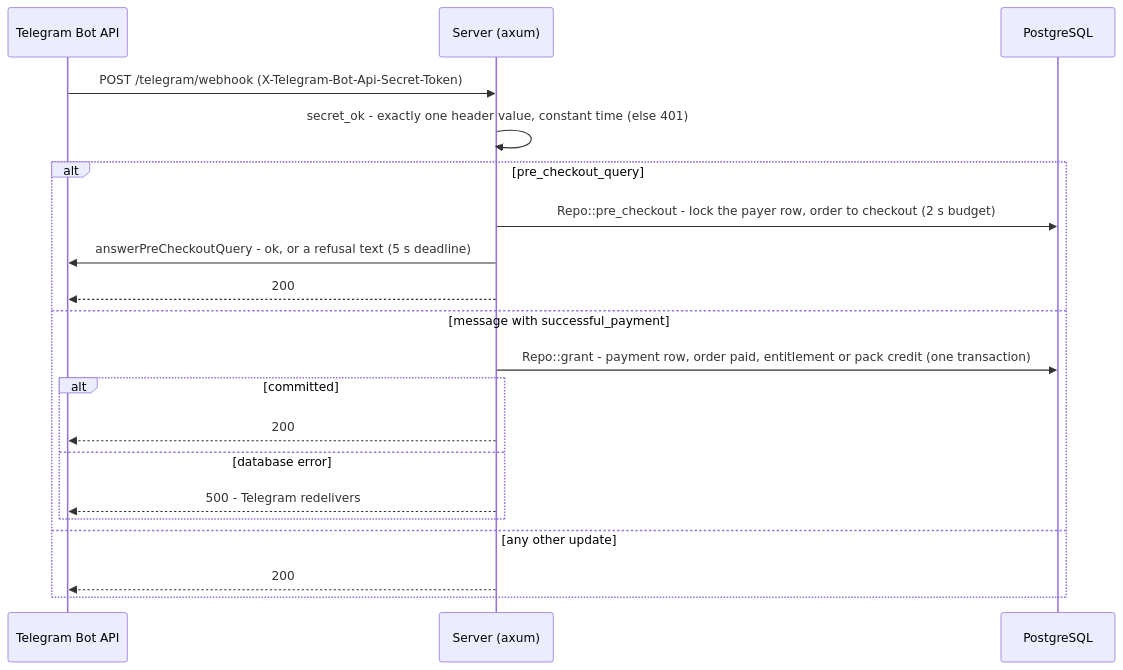
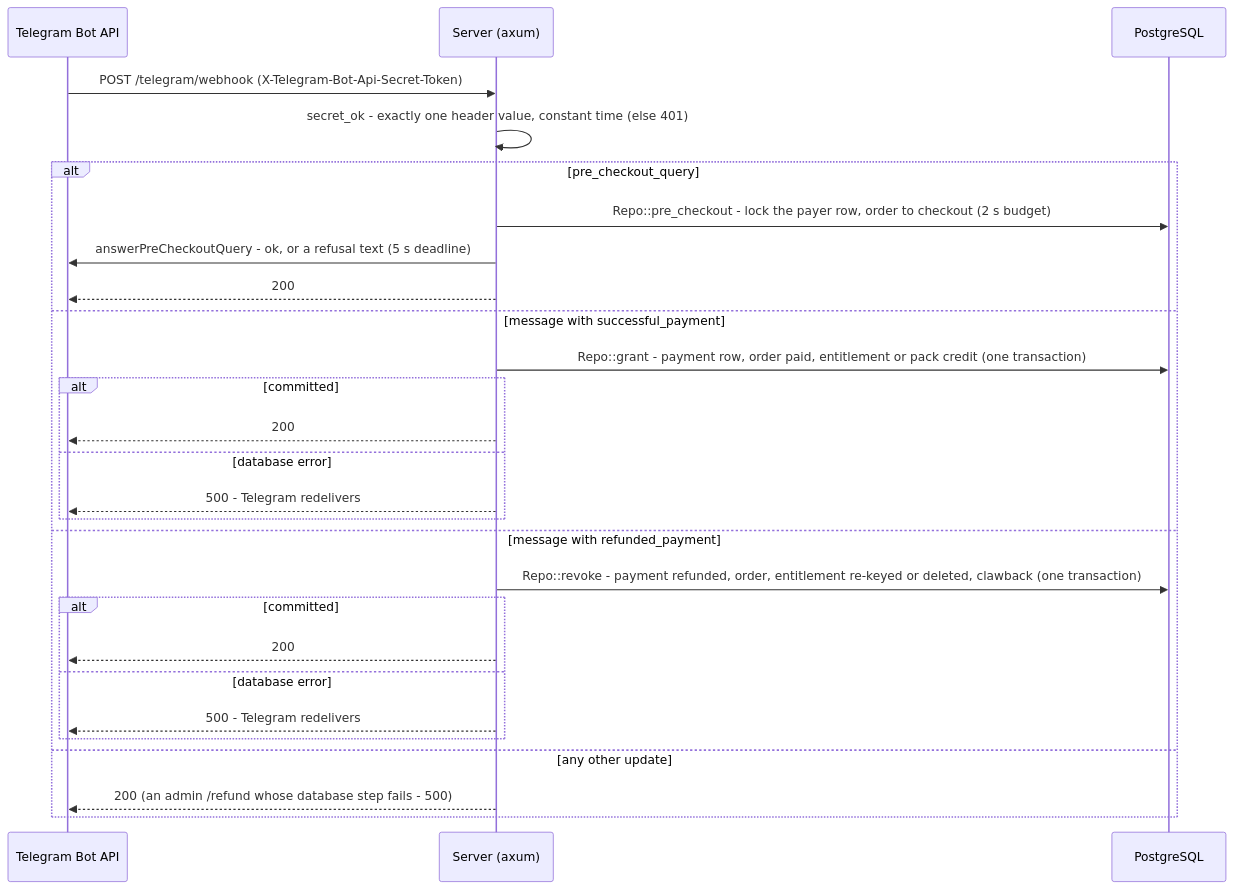
The sixth of 7 diagrams in docs/ARCHITECTURE.md (bluesteelll/tg-app-novel), drawn with Mermaid before and after one commit. The commit also changed other lines of this file and 5 other files, not shown here.

````diff
--- a/docs/ARCHITECTURE.md
+++ b/docs/ARCHITECTURE.md
@@ -382,22 +385,29 @@
 ```mermaid
 sequenceDiagram
     participant T as Telegram Bot API
     participant S as Server (axum)
     participant DB as PostgreSQL
     T->>S: POST /telegram/webhook (X-Telegram-Bot-Api-Secret-Token)
     S->>S: secret_ok - exactly one header value, constant time (else 401)
     alt pre_checkout_query
         S->>DB: Repo::pre_checkout - lock the payer row, order to checkout (2 s budget)
         S->>T: answerPreCheckoutQuery - ok, or a refusal text (5 s deadline)
         S-->>T: 200
     else message with successful_payment
         S->>DB: Repo::grant - payment row, order paid, entitlement or pack credit (one transaction)
         alt committed
             S-->>T: 200
         else database error
             S-->>T: 500 - Telegram redelivers
         end
+    else message with refunded_payment
+        S->>DB: Repo::revoke - payment refunded, order, entitlement re-keyed or deleted, clawback (one transaction)
+        alt committed
+            S-->>T: 200
+        else database error
+            S-->>T: 500 - Telegram redelivers
+        end
     else any other update
-        S-->>T: 200
+        S-->>T: 200 (an admin /refund whose database step fails - 500)
     end
 ```
````
